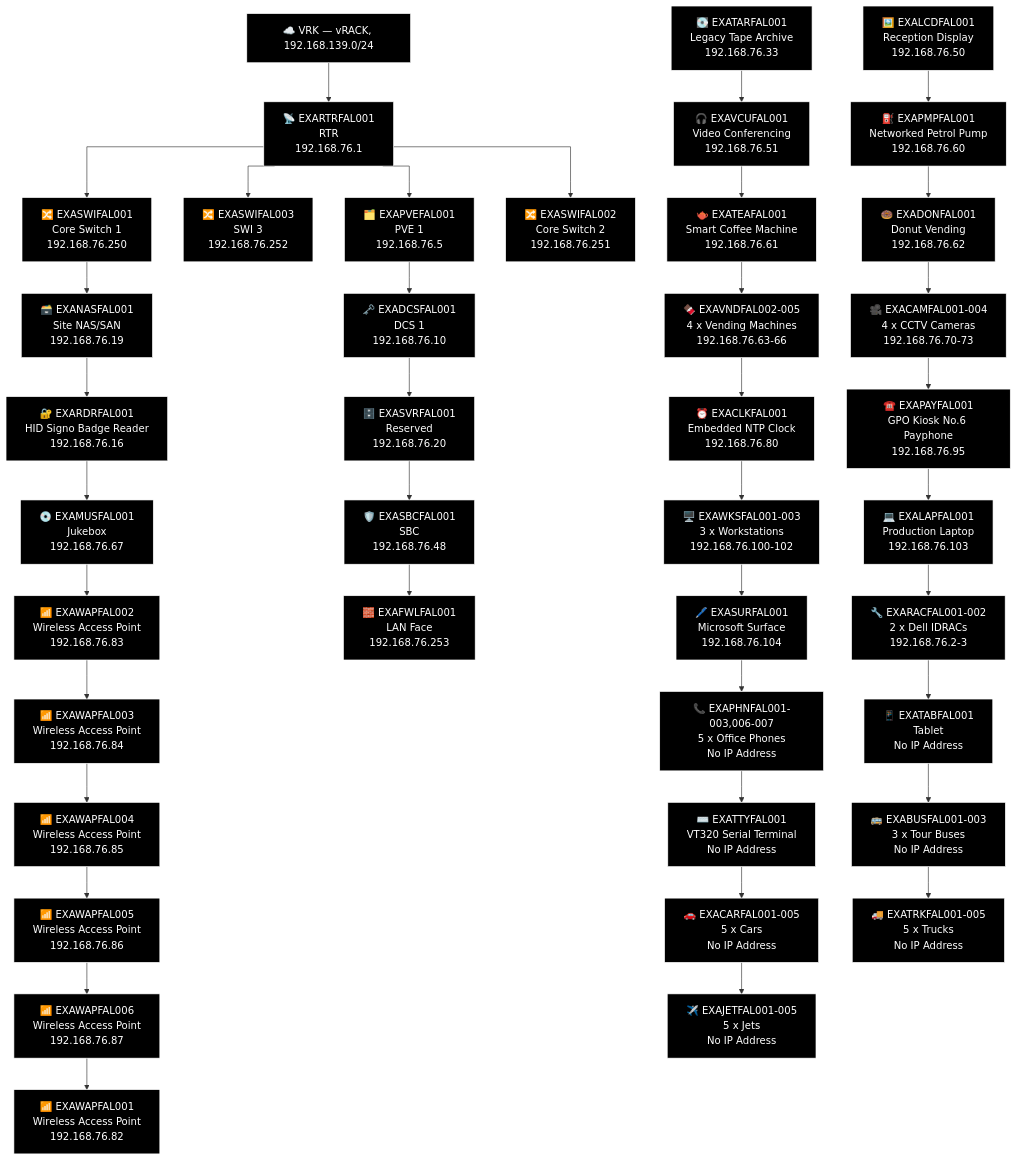
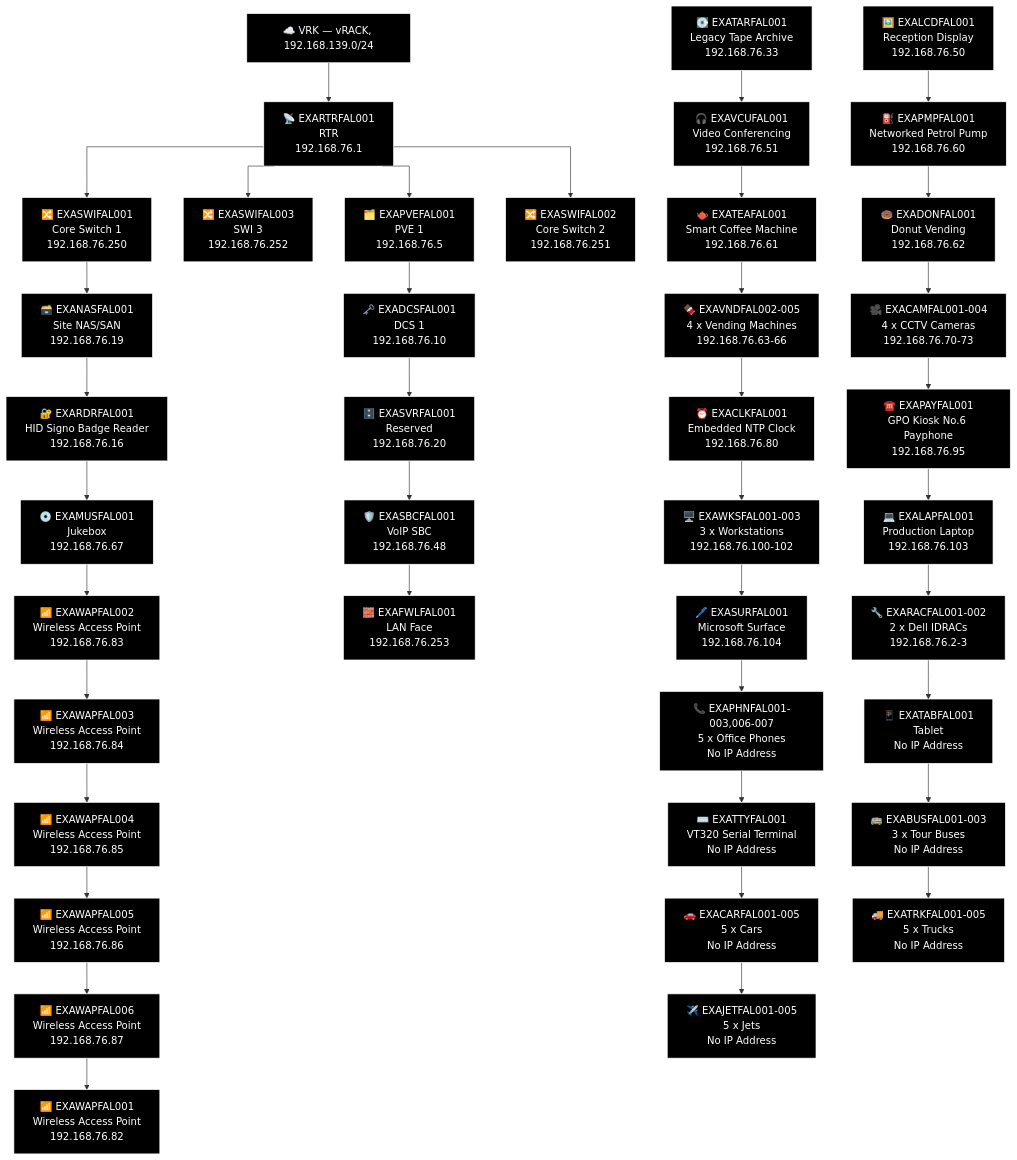
Before and after one commit to knightmare2600/example_music_infra: the third of 21 diagrams in docs/network-diagram/scotland.md, drawn with Mermaid. The commit also changed other lines of this file and 36 other files, not shown here.

```diff
--- a/docs/network-diagram/scotland.md
+++ b/docs/network-diagram/scotland.md
@@ -252,7 +252,7 @@
     T_SWI2 --> T_NAS --> T_RDR --> T_MUS --> T_WAP --> T_WAP2 --> T_WAP3 --> T_WAP4 --> T_WAP5 --> T_WAP6
     T_DCS["🗝️ EXADCSFAL001<br/>DCS 1<br/>192.168.76.10"]
     T_SVR["🗄️ EXASVRFAL001<br/>Reserved<br/>192.168.76.20"]
-    T_SBC["🛡️ EXASBCFAL001<br/>SBC<br/>192.168.76.48"]
+    T_SBC["🛡️ EXASBCFAL001<br/>VoIP SBC<br/>192.168.76.48"]
     T_FWL["🧱 EXAFWLFAL001<br/>LAN Face<br/>192.168.76.253"]
     T_PVE --> T_DCS --> T_SVR --> T_SBC --> T_FWL
     T_TAR["💽 EXATARFAL001<br/>Legacy Tape Archive<br/>192.168.76.33"]
```
